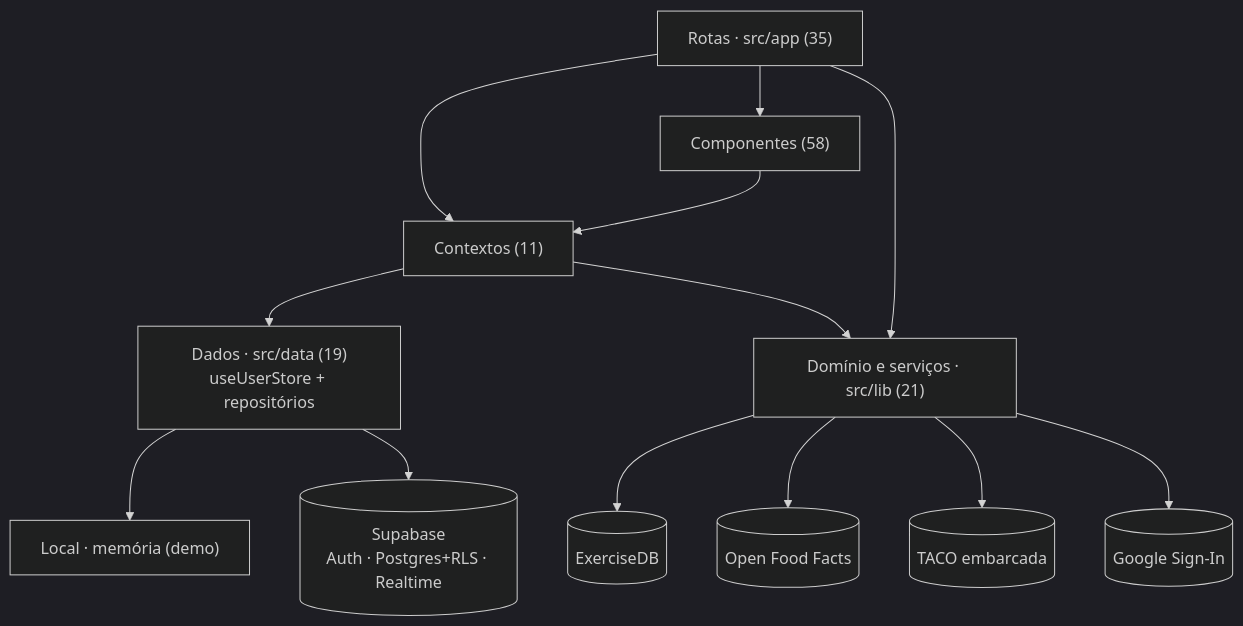
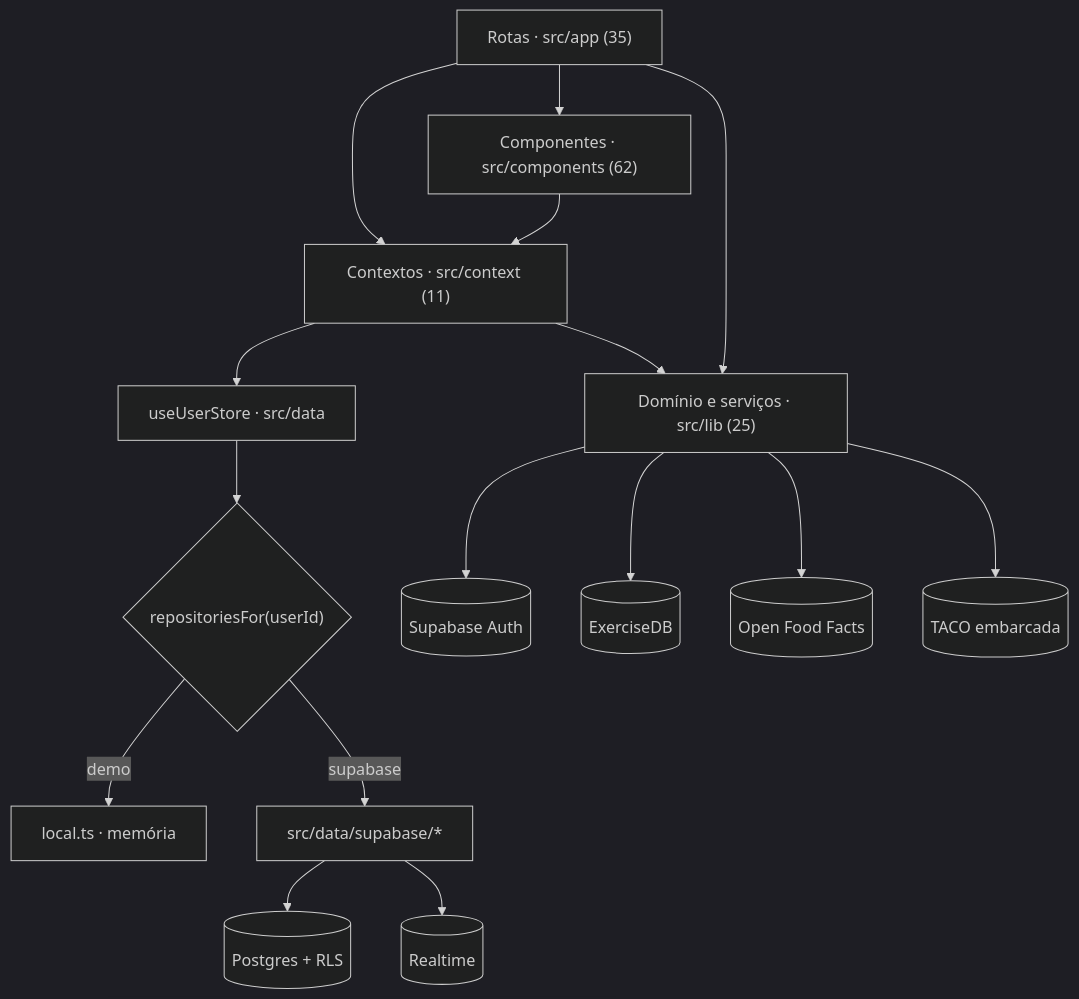
Before and after one commit to willians-e-silva/treina: the first of 4 diagrams in audit/architecture.md, drawn with Mermaid (dark theme). The commit also changed other lines of this file and 14 other files, not shown here.

````diff
--- a/audit/architecture.md
+++ b/audit/architecture.md
@@ -17,15 +17,18 @@
 ```mermaid
 flowchart TB
-  R["Rotas · src/app (35)"] --> C["Componentes (58)"]
-  R --> X["Contextos (11)"]
+  R["Rotas · src/app (35)"] --> C["Componentes · src/components (62)"]
+  R --> X["Contextos · src/context (11)"]
   C --> X
-  X --> D["Dados · src/data (19)<br/>useUserStore + repositórios"]
-  X --> LB["Domínio e serviços · src/lib (21)"]
-  R --> LB
-  D --> LOC["Local · memória (demo)"]
-  D --> SB[("Supabase<br/>Auth · Postgres+RLS · Realtime")]
-  LB --> E1[("ExerciseDB")]
-  LB --> E2[("Open Food Facts")]
-  LB --> E3[("TACO embarcada")]
-  LB --> E4[("Google Sign-In")]
+  X --> U["useUserStore · src/data"]
+  U --> RP{"repositoriesFor(userId)"}
+  RP -->|demo| LO["local.ts · memória"]
+  RP -->|supabase| SR["src/data/supabase/*"]
+  SR --> DB[("Postgres + RLS")]
+  SR --> RT[("Realtime")]
+  X --> L["Domínio e serviços · src/lib (25)"]
+  R --> L
+  L --> AU[("Supabase Auth")]
+  L --> E1[("ExerciseDB")]
+  L --> E2[("Open Food Facts")]
+  L --> E3[("TACO embarcada")]
 ```
````
